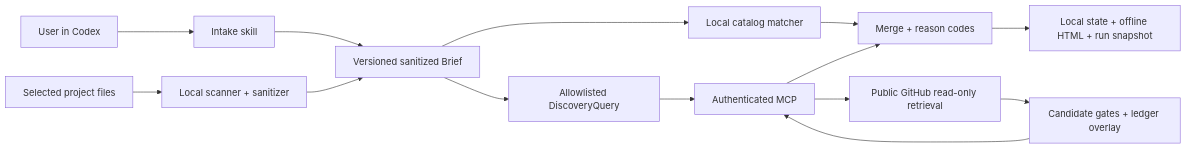
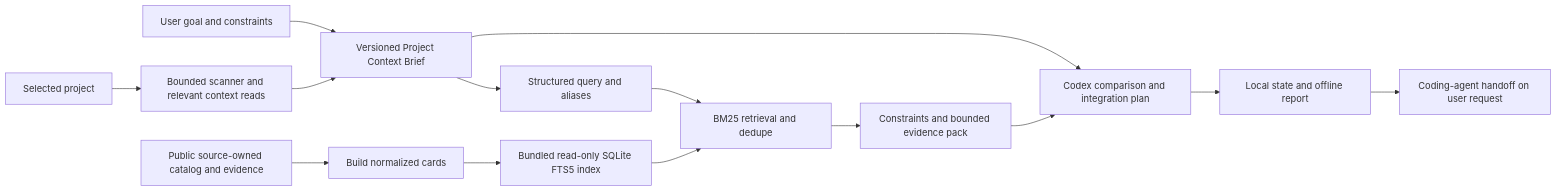
One commit to alexroadcaster/myAI-StackGuide changed the diagram in docs/plan/2026-08-30-codex-plugin-v1-implementation-plan.md. Above: the diagram before and after it, drawn with Mermaid. The commit also changed other lines of this file and 15 other files, not shown here.

````diff
--- a/docs/plan/2026-08-30-codex-plugin-v1-implementation-plan.md
+++ b/docs/plan/2026-08-30-codex-plugin-v1-implementation-plan.md
@@ -105,16 +68,16 @@
 ```mermaid
 flowchart LR
-    U[User in Codex] --> I[Intake skill]
-    P[Selected project files] --> S[Local scanner + sanitizer]
-    I --> B[Versioned sanitized Brief]
+    U[User goal and constraints] --> B[Versioned Project Context Brief]
+    P[Selected project] --> S[Bounded scanner and relevant context reads]
     S --> B
-    B --> C[Local catalog matcher]
-    B --> Q[Allowlisted DiscoveryQuery]
-    Q --> M[Authenticated MCP]
-    M --> G[Public GitHub read-only retrieval]
-    G --> L[Candidate gates + ledger overlay]
-    L --> M
-    C --> R[Merge + reason codes]
-    M --> R
-    R --> A[Local state + offline HTML + run snapshot]
+    C[Public source-owned catalog and evidence] --> A[Build normalized cards]
+    A --> I[Bundled read-only SQLite FTS5 index]
+    B --> Q[Structured query and aliases]
+    Q --> R[BM25 retrieval and dedupe]
+    I --> R
+    R --> F[Constraints and bounded evidence pack]
+    F --> M[Codex comparison and integration plan]
+    B --> M
+    M --> O[Local state and offline report]
+    O --> H[Coding-agent handoff on user request]
 ```
````
